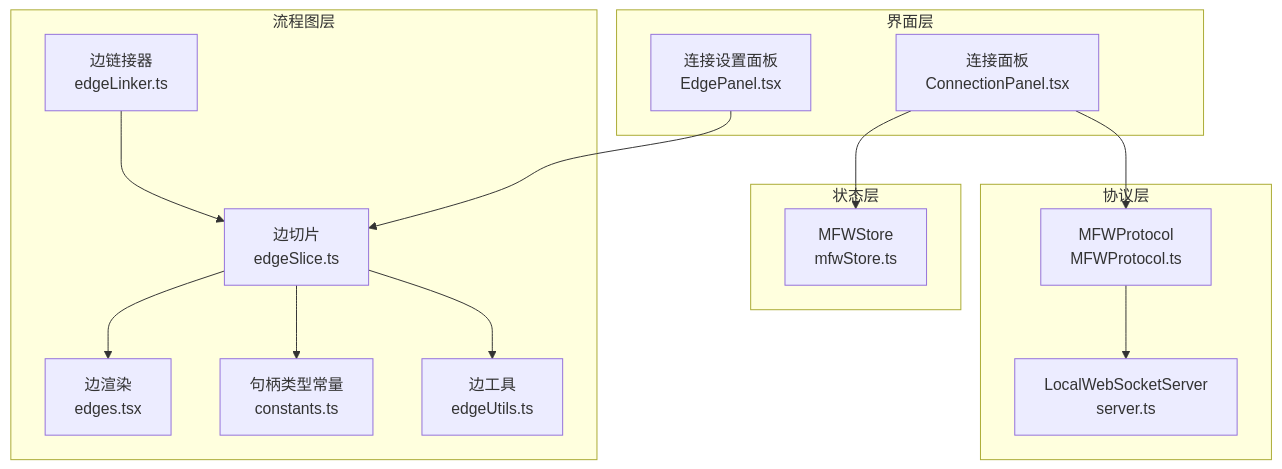
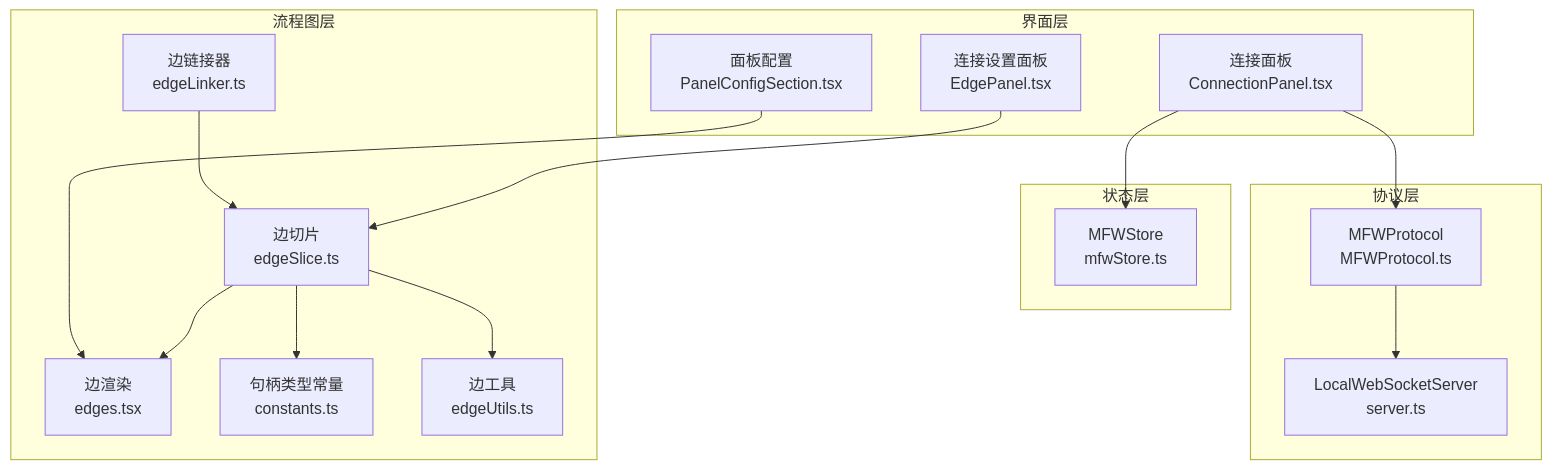
The first of 8 diagrams in .qoder/repowiki/zh/content/核心概念/连接面板.md (kqcoxn/MaaPipelineEditor), drawn with Mermaid before and after one commit. The commit also changed other lines of this file and 8 other files, not shown here.

````diff
--- a/.qoder/repowiki/zh/content/核心概念/连接面板.md
+++ b/.qoder/repowiki/zh/content/核心概念/连接面板.md
@@ -38,29 +49,31 @@
 ```mermaid
 graph TB
 subgraph "界面层"
 CP["连接面板<br/>ConnectionPanel.tsx"]
 EP["连接设置面板<br/>EdgePanel.tsx"]
+PCS["面板配置<br/>PanelConfigSection.tsx"]
 end
 subgraph "状态层"
 MS["MFWStore<br/>mfwStore.ts"]
 end
 subgraph "协议层"
 MP["MFWProtocol<br/>MFWProtocol.ts"]
 WS["LocalWebSocketServer<br/>server.ts"]
 end
 subgraph "流程图层"
 ES["边切片<br/>edgeSlice.ts"]
 EL["边链接器<br/>edgeLinker.ts"]
 ED["边渲染<br/>edges.tsx"]
 EC["句柄类型常量<br/>constants.ts"]
 EU["边工具<br/>edgeUtils.ts"]
 end
 CP --> MS
 CP --> MP
 MP --> WS
 EP --> ES
 ES --> ED
 ES --> EC
 ES --> EU
 EL --> ES
+PCS --> ED
 ```
````
